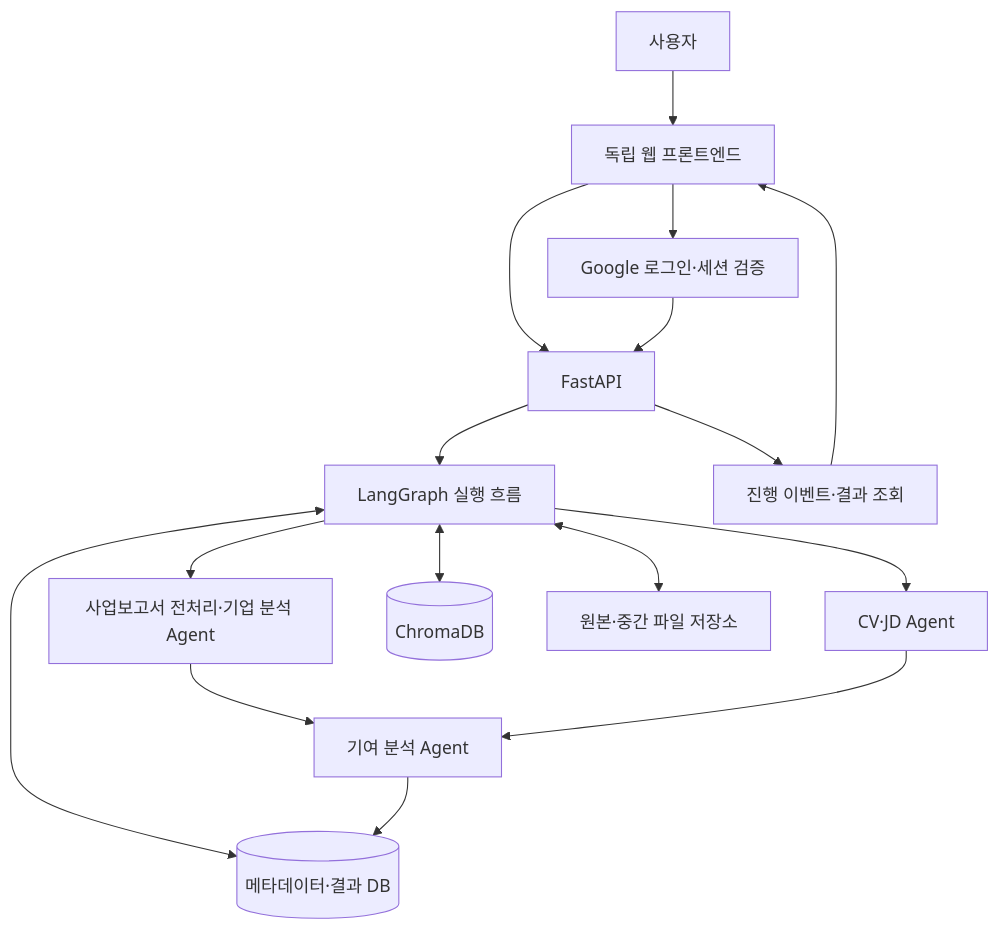
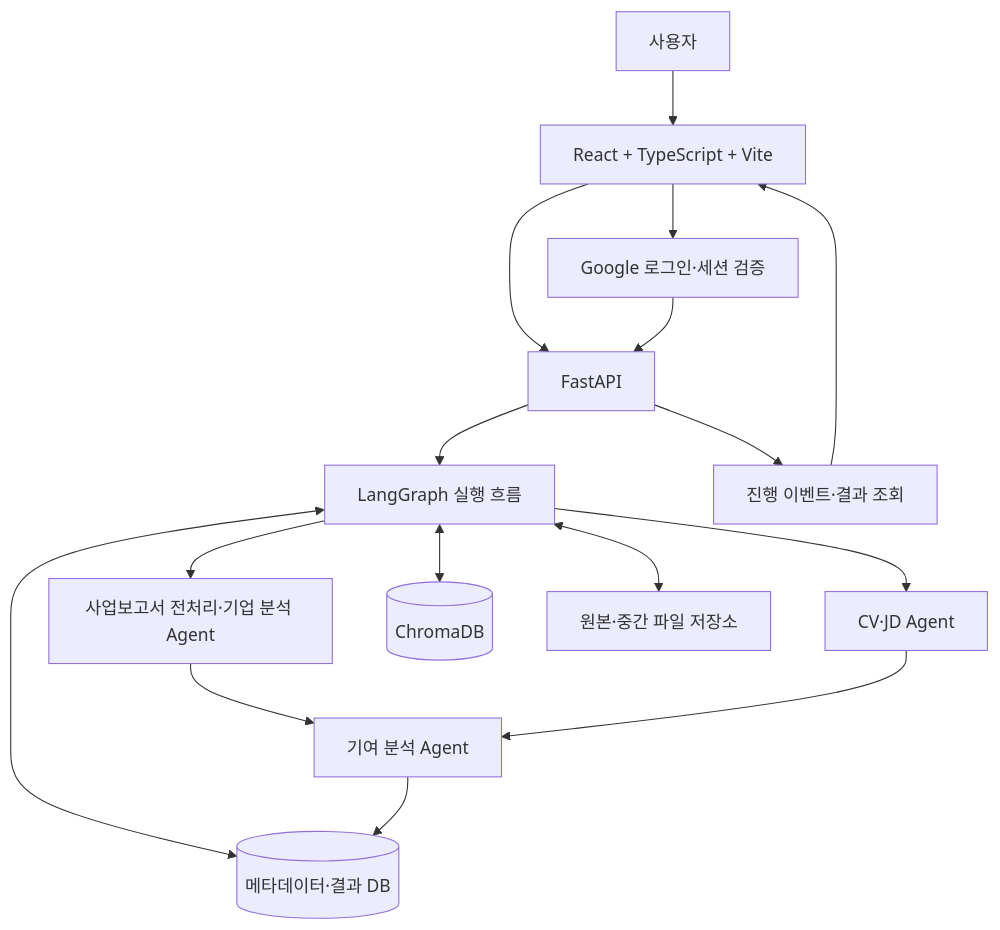
One commit to tcodms/dart-insight-brief-mvp changed the diagram in docs/development-plan.md. Above: the diagram before and after it, drawn with Mermaid. The commit also changed other lines of this file, not shown here.

Commit message:
프론트엔드 기술 스택 확정

````diff
--- a/docs/development-plan.md
+++ b/docs/development-plan.md
@@ -130,18 +130,18 @@
 ```mermaid
 flowchart TD
-    User[사용자] --> Frontend[독립 웹 프론트엔드]
+    User[사용자] --> Frontend[React + TypeScript + Vite]
     Frontend --> Auth[Google 로그인·세션 검증]
     Frontend --> API[FastAPI]
     Auth --> API
     API --> Graph[LangGraph 실행 흐름]
     Graph --> Company[사업보고서 전처리·기업 분석 Agent]
     Graph --> Candidate[CV·JD Agent]
     Company --> Contribution[기여 분석 Agent]
     Candidate --> Contribution
     Graph <--> SQL[(메타데이터·결과 DB)]
     Graph <--> Vector[(ChromaDB)]
     Graph <--> Files[원본·중간 파일 저장소]
     Contribution --> SQL
     API --> Events[진행 이벤트·결과 조회]
     Events --> Frontend
 ```
````
